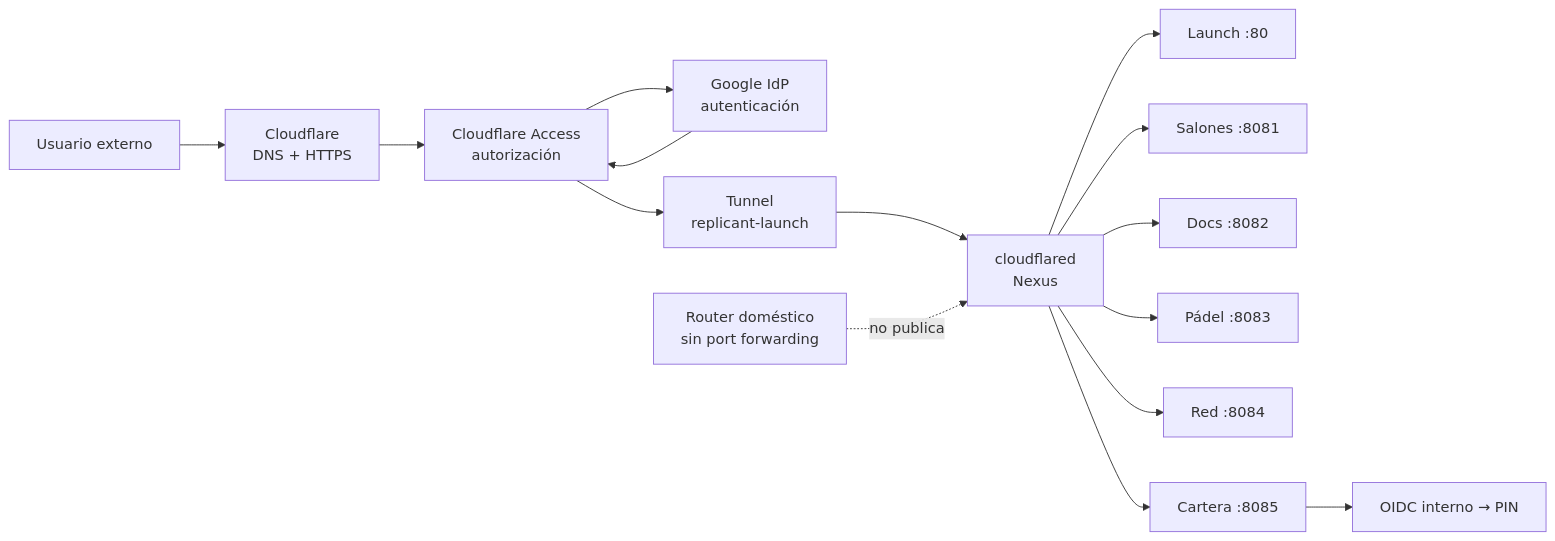
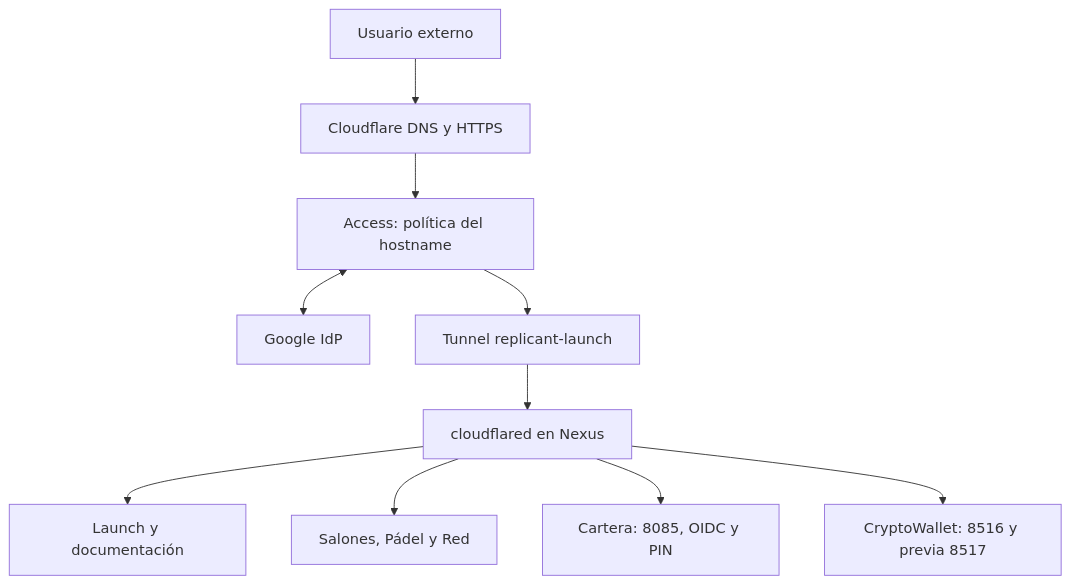
The diagram in docs/red/cloudflare-tunnel.md (ratienza/infra-replicant-lab), drawn with Mermaid before and after one commit. The commit also changed other lines of this file and 49 other files, not shown here.

First line of the commit message:
docs: CryptoWallet V1.0 infrastructure and synchronized portables

````diff
--- a/docs/red/cloudflare-tunnel.md
+++ b/docs/red/cloudflare-tunnel.md
@@ -20,19 +20,12 @@
 ```mermaid
-flowchart LR
-    U["Usuario externo"] --> CF["Cloudflare<br/>DNS + HTTPS"]
-    CF --> A["Cloudflare Access<br/>autorización"]
-    A --> G["Google IdP<br/>autenticación"]
-    G --> A
-    A --> T["Tunnel<br/>replicant-launch"]
-    T --> F["cloudflared<br/>Nexus"]
-
-    F --> L["Launch :80"]
-    F --> S["Salones :8081"]
-    F --> D["Docs :8082"]
-    F --> P["Pádel :8083"]
-    F --> R["Red :8084"]
-    F --> C["Cartera :8085"]
-    C --> O["OIDC interno → PIN"]
-
-    RT["Router doméstico<br/>sin port forwarding"] -. no publica .-> F
+flowchart TB
+    U["Usuario externo"] --> C["Cloudflare DNS y HTTPS"]
+    C --> A["Access: política del hostname"]
+    A <--> G["Google IdP"]
+    A --> T["Tunnel replicant-launch"]
+    T --> F["cloudflared en Nexus"]
+    F --> L["Launch y documentación"]
+    F --> S["Salones, Pádel y Red"]
+    F --> E["Cartera: 8085, OIDC y PIN"]
+    F --> W["CryptoWallet: 8516 y previa 8517"]
 ```
````
